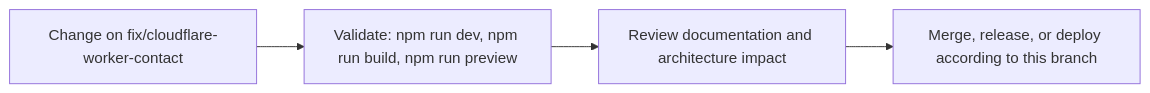
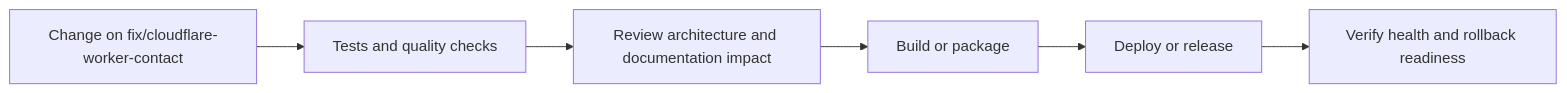
One commit to Nischhalsubba/nischhalsubba.com.np changed the seventh of 8 diagrams in README.md. Above: the diagram before and after it, drawn with Mermaid. The commit also changed other lines of this file, not shown here.

````diff
--- a/README.md
+++ b/README.md
@@ -86,8 +218,8 @@
 ```mermaid
 flowchart LR
-    CHANGE["Change on fix/cloudflare-worker-contact"]
-    CHECK["Validate: npm run dev, npm run build, npm run preview"]
-    REVIEW["Review documentation and architecture impact"]
-    RELEASE["Merge, release, or deploy according to this branch"]
-    CHANGE --> CHECK --> REVIEW --> RELEASE
+    CHANGE["Change on fix/cloudflare-worker-contact"] --> CHECK["Tests and quality checks"]
+    CHECK --> REVIEW["Review architecture and documentation impact"]
+    REVIEW --> BUILD["Build or package"]
+    BUILD --> DEPLOY["Deploy or release"]
+    DEPLOY --> VERIFY["Verify health and rollback readiness"]
 ```
````
